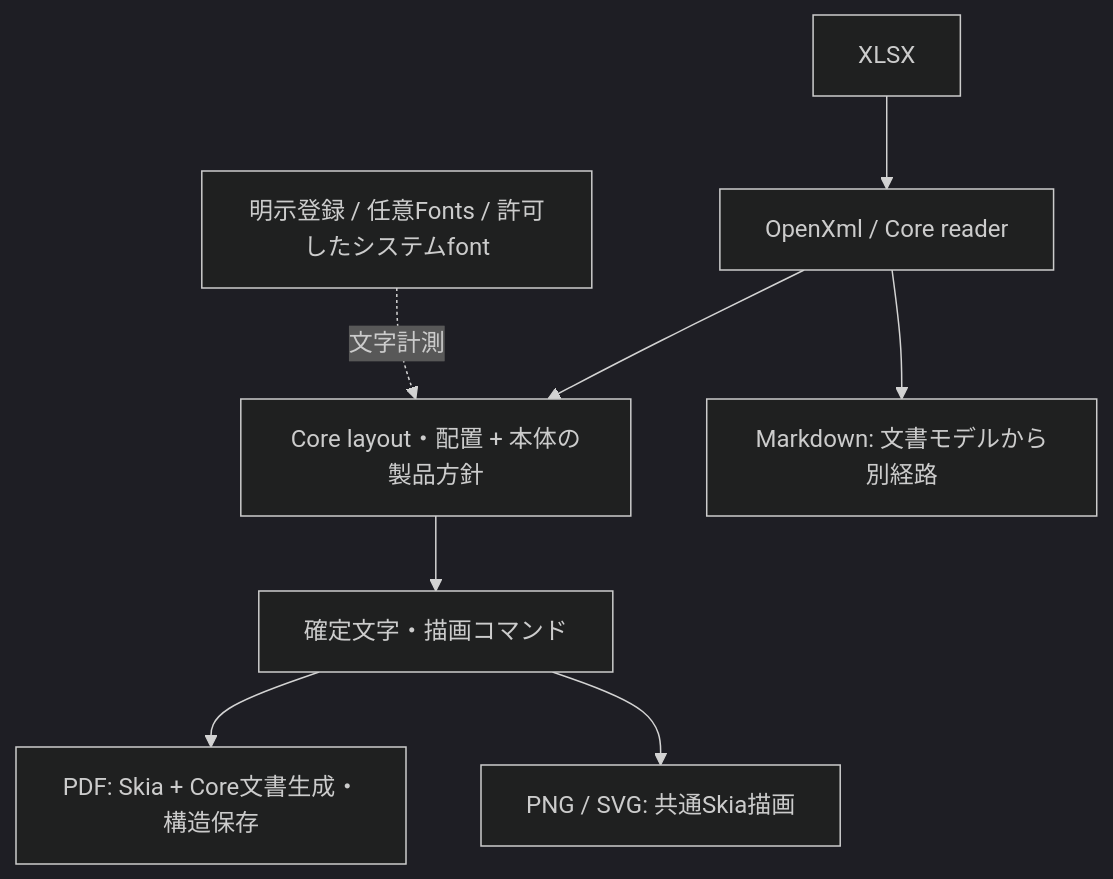
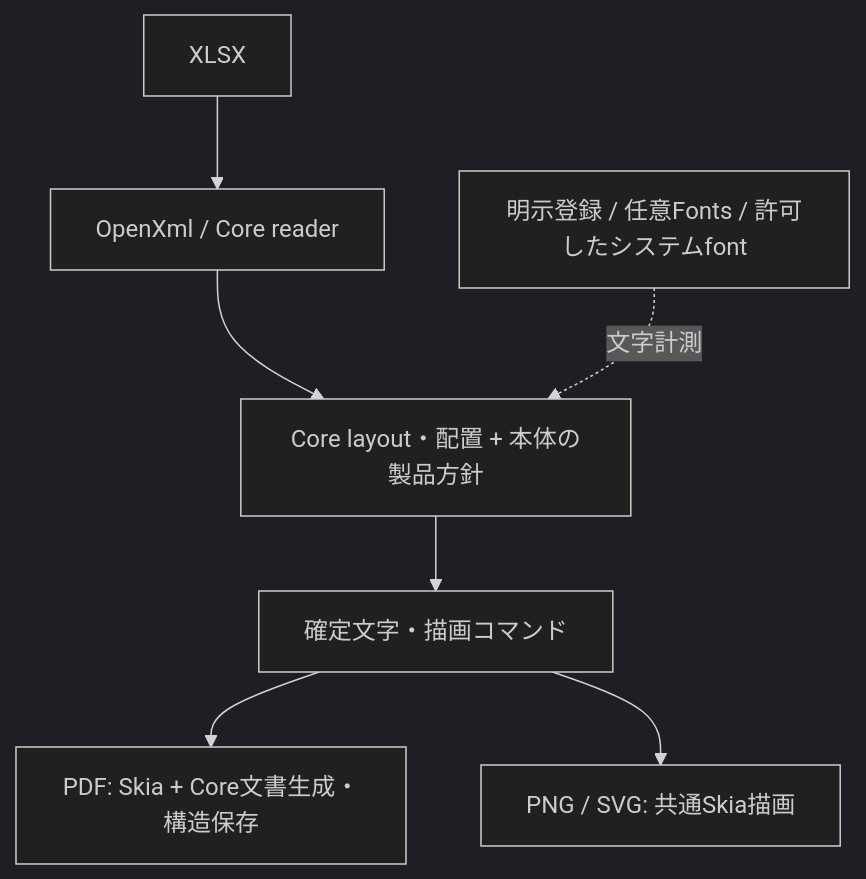
One commit to akrym1582/ExcelRenderer changed the diagram in docs/skia-rendering.ja.md. Above: the diagram before and after it, drawn with Mermaid (dark theme). The commit also changed other lines of this file and 90 other files, not shown here.

````diff
--- a/docs/skia-rendering.ja.md
+++ b/docs/skia-rendering.ja.md
@@ -17,10 +17,9 @@
 ```mermaid
 flowchart TD
     X["XLSX"] --> R["OpenXml / Core reader"]
     R --> L["Core layout・配置 + 本体の製品方針"]
     F["明示登録 / 任意Fonts / 許可したシステムfont"] -. "文字計測" .-> L
     L --> C["確定文字・描画コマンド"]
     C --> P["PDF: Skia + Core文書生成・構造保存"]
     C --> I["PNG / SVG: 共通Skia描画"]
-    R --> M["Markdown: 文書モデルから別経路"]
 ```
````
